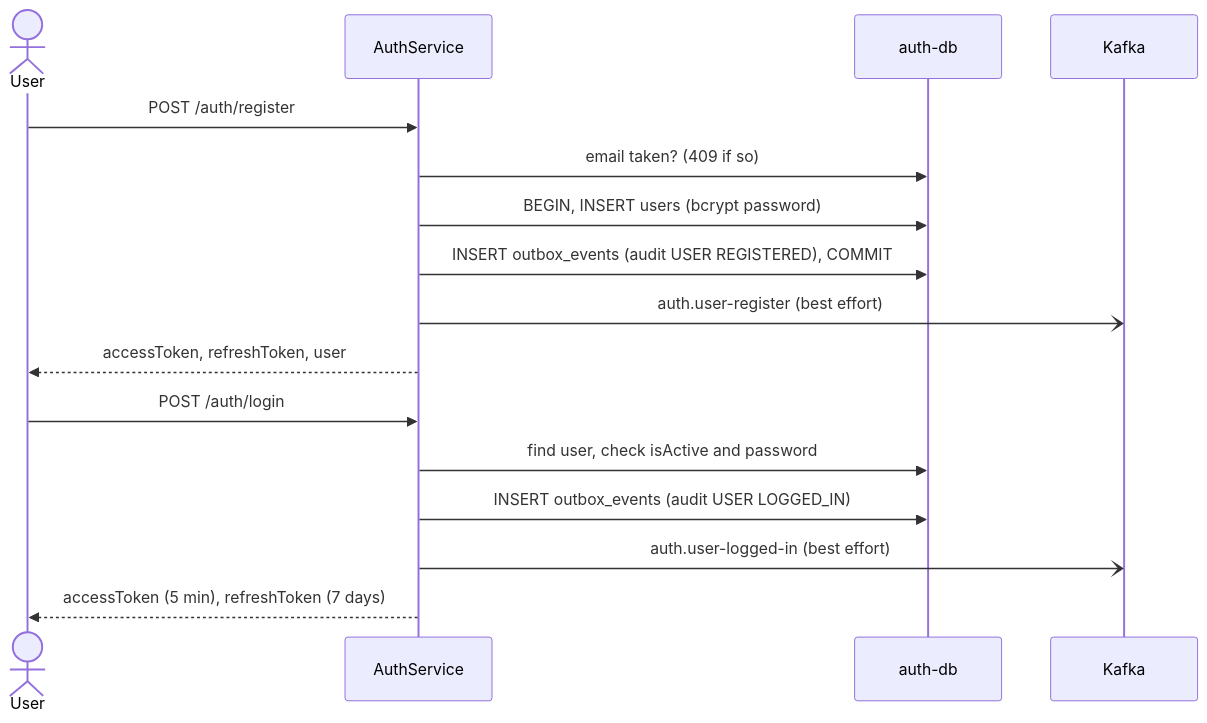
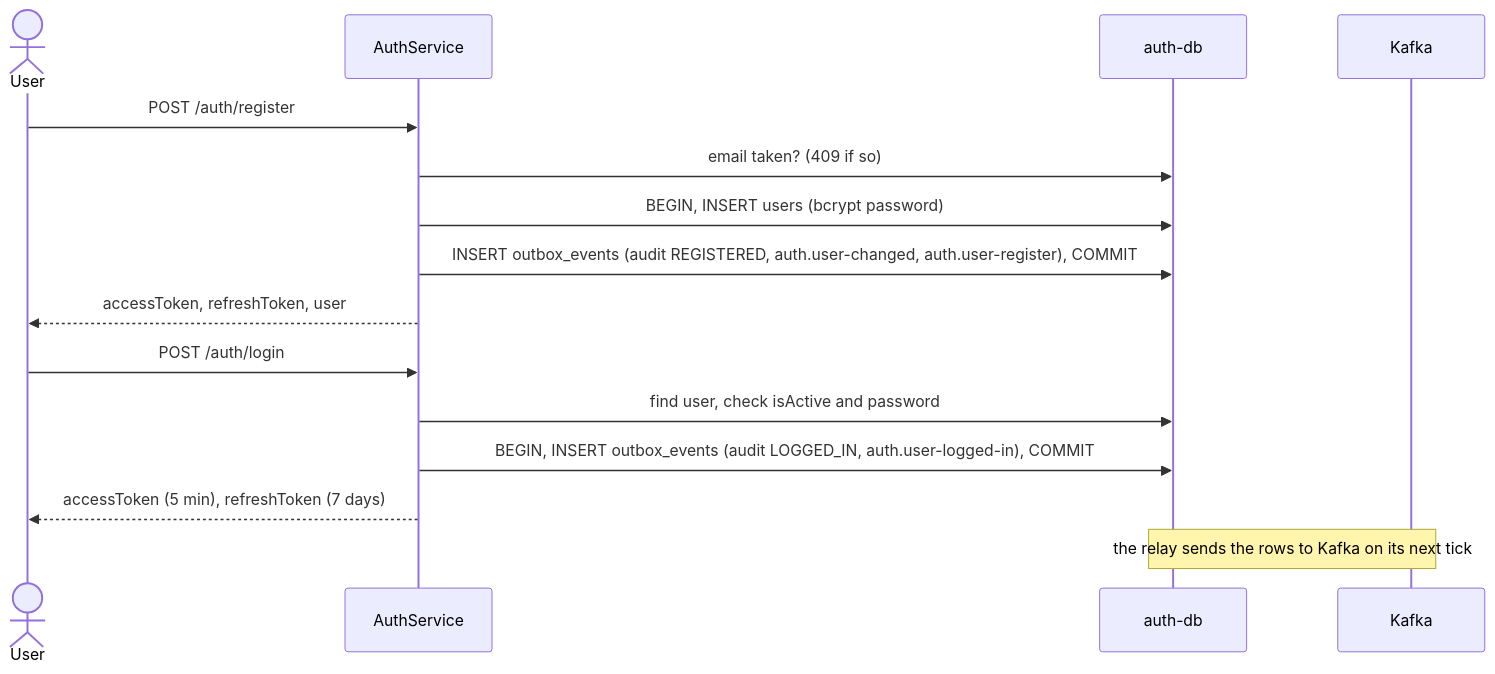
Before and after one commit to Mohammed-Taysser/masr3: the third of 7 diagrams in docs/services/auth-service.md, drawn with Mermaid. The commit also changed other lines of this file and 66 other files, not shown here.

Commit message:
refactor: share Kafka producer and consumer from libs, and send auth events through the outbox

````diff
--- a/docs/services/auth-service.md
+++ b/docs/services/auth-service.md
@@ -72,18 +98,17 @@
 ```mermaid
 sequenceDiagram
   actor U as User
   participant A as AuthService
   participant DB as auth-db
   participant K as Kafka
   U->>A: POST /auth/register
   A->>DB: email taken? (409 if so)
   A->>DB: BEGIN, INSERT users (bcrypt password)
-  A->>DB: INSERT outbox_events (audit USER REGISTERED), COMMIT
-  A-)K: auth.user-register (best effort)
+  A->>DB: INSERT outbox_events (audit REGISTERED, auth.user-changed, auth.user-register), COMMIT
   A-->>U: accessToken, refreshToken, user
   U->>A: POST /auth/login
   A->>DB: find user, check isActive and password
-  A->>DB: INSERT outbox_events (audit USER LOGGED_IN)
-  A-)K: auth.user-logged-in (best effort)
+  A->>DB: BEGIN, INSERT outbox_events (audit LOGGED_IN, auth.user-logged-in), COMMIT
   A-->>U: accessToken (5 min), refreshToken (7 days)
+  Note over DB,K: the relay sends the rows to Kafka on its next tick
 ```
````
